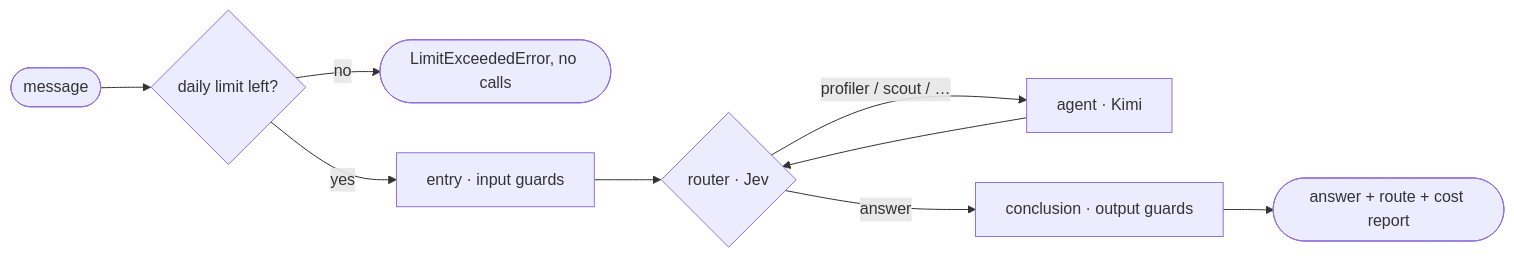
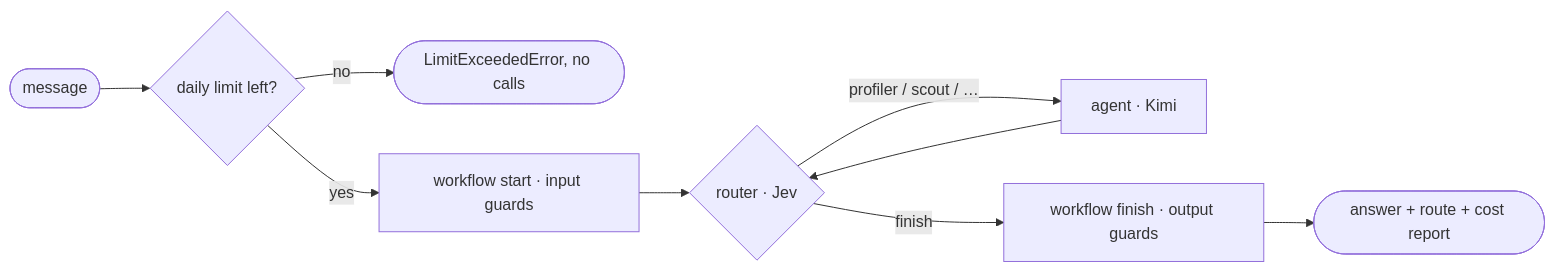
The diagram in Home.md (PavelRavvich/agbossjs), drawn with Mermaid before and after one commit. The commit also changed other lines of this file and 10 other files, not shown here.

Commit message:
docs(#141): @WorkflowStart / @WorkflowFinish, standard DTOs by the hierarchy rule, RagRetrieval { results }, ToolCallApprovalDecision, PlainText

````diff
--- a/Home.md
+++ b/Home.md
@@ -30,11 +30,11 @@
 ```mermaid
 flowchart LR
   T([message]) --> B{daily limit left?}
   B -- no --> X([LimitExceededError, no calls])
-  B -- yes --> E[entry · input guards]
+  B -- yes --> E[workflow start · input guards]
   E --> R{router · Jev}
   R -- profiler / scout / … --> A[agent · Kimi]
   A --> R
-  R -- answer --> C[conclusion · output guards]
+  R -- finish --> C[workflow finish · output guards]
   C --> O([answer + route + cost report])
 ```
````
